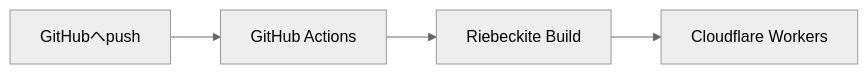
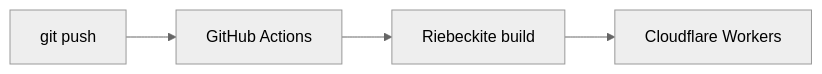
Before and after one commit to Rerurate514/riebeckite: the fifth of 6 diagrams in docs/docs/guides/deployment/cloudflare-workers.md, drawn with Mermaid (neutral theme). The commit also changed other lines of this file and 604 other files, not shown here.

````diff
--- a/docs/docs/guides/deployment/cloudflare-workers.md
+++ b/docs/docs/guides/deployment/cloudflare-workers.md
@@ -380,11 +279,11 @@
 ```mermaid
 flowchart LR
-    Push["GitHubへpush"]
+    Push["git push"]
     Actions["GitHub Actions"]
-    Build["Riebeckite Build"]
+    Build["Riebeckite build"]
     Workers["Cloudflare Workers"]
 
     Push --> Actions
     Actions --> Build
     Build --> Workers
 ```
````
